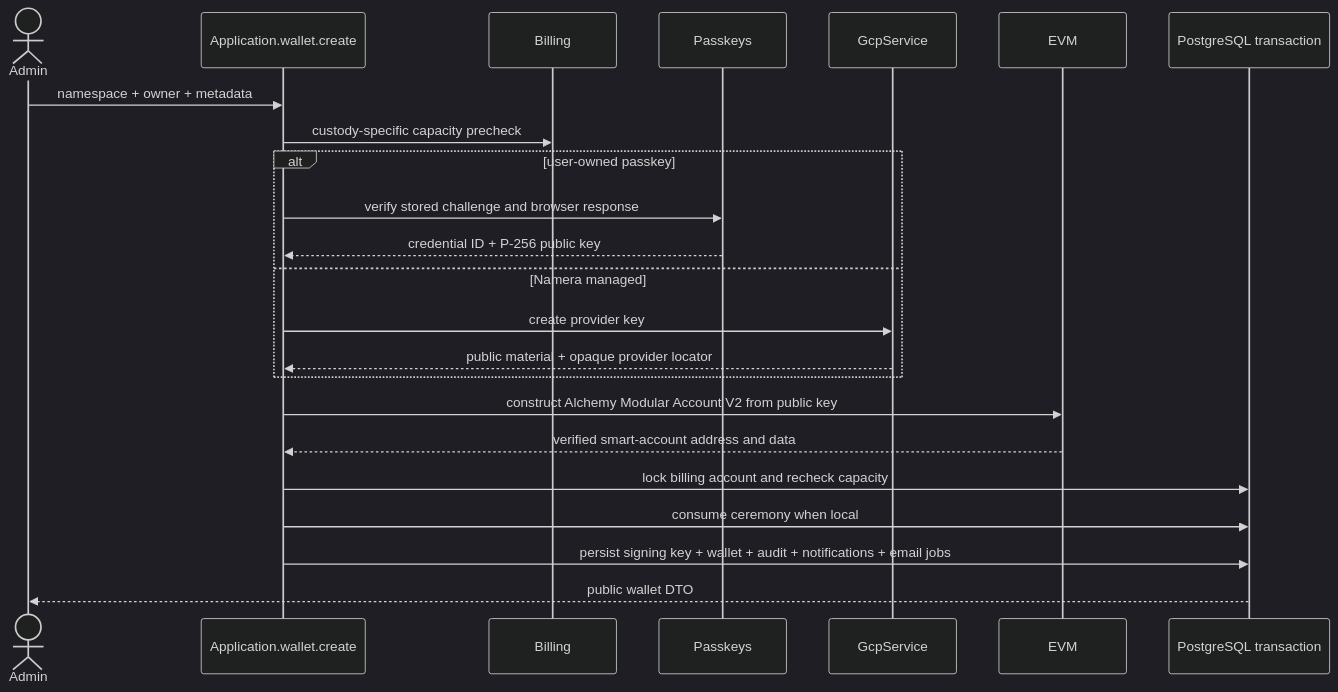
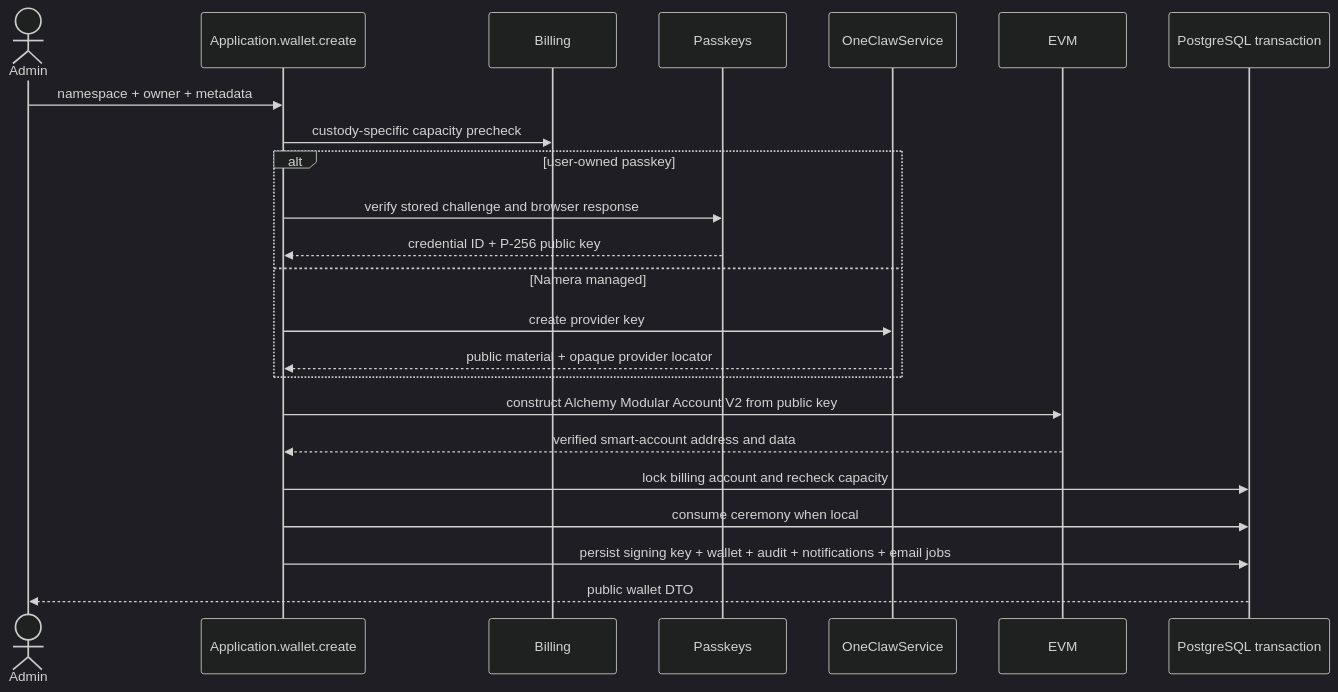
One commit to thenamespace/namera changed the diagram in architecture/wallets/accounts.md. Above: the diagram before and after it, drawn with Mermaid (dark theme). The commit also changed other lines of this file and 37 other files, not shown here.

````diff
--- a/architecture/wallets/accounts.md
+++ b/architecture/wallets/accounts.md
@@ -19,26 +19,26 @@
 ```mermaid
 sequenceDiagram
   actor Admin
   participant App as Application.wallet.create
   participant Billing
   participant Passkeys
-  participant Keys as GcpService
+  participant Keys as OneClawService
   participant EVM
   participant Tx as PostgreSQL transaction
 
   Admin->>App: namespace + owner + metadata
   App->>Billing: custody-specific capacity precheck
   alt user-owned passkey
     App->>Passkeys: verify stored challenge and browser response
     Passkeys-->>App: credential ID + P-256 public key
   else Namera managed
     App->>Keys: create provider key
     Keys-->>App: public material + opaque provider locator
   end
   App->>EVM: construct Alchemy Modular Account V2 from public key
   EVM-->>App: verified smart-account address and data
   App->>Tx: lock billing account and recheck capacity
   App->>Tx: consume ceremony when local
   App->>Tx: persist signing key + wallet + audit + notifications + email jobs
   Tx-->>Admin: public wallet DTO
 ```
````
